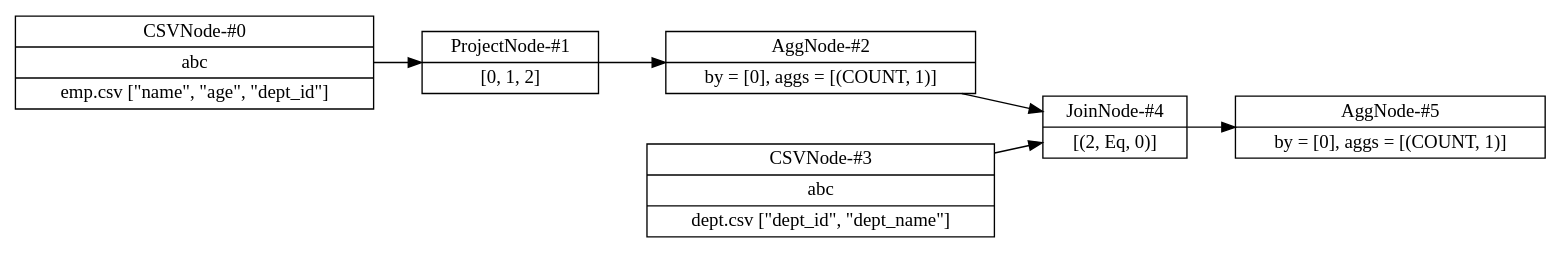
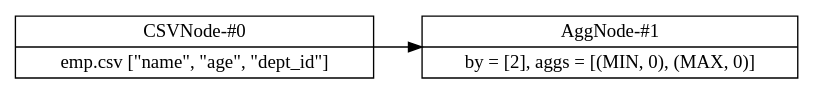
One commit to adarshpannu/kona changed the diagram in src/data/flow.dot. Above: the diagram before and after it, drawn with Graphviz. The commit also changed 3 other files, not shown here.

```diff
--- a/src/data/flow.dot
+++ b/src/data/flow.dot
@@ -1,17 +1,9 @@
 digraph example1 {
     node [shape=record];
     rankdir=LR;
     splines=polyline;
     nodesep=0.5;
-    Node0[label="CSVNode-#0|abc|emp.csv [\"name\", \"age\", \"dept_id\"]"];
-    Node1[label="ProjectNode-#1|[0, 1, 2]"];
+    Node0[label="CSVNode-#0|emp.csv [\"name\", \"age\", \"dept_id\"]"];
+    Node1[label="AggNode-#1|by = [2], aggs = [(MIN, 0), (MAX, 0)]"];
     Node0 -> Node1;
-    Node2[label="AggNode-#2|by = [0], aggs = [(COUNT, 1)]"];
-    Node1 -> Node2;
-    Node3[label="CSVNode-#3|abc|dept.csv [\"dept_id\", \"dept_name\"]"];
-    Node4[label="JoinNode-#4|[(2, Eq, 0)]"];
-    Node3 -> Node4;
-    Node2 -> Node4;
-    Node5[label="AggNode-#5|by = [0], aggs = [(COUNT, 1)]"];
-    Node4 -> Node5;
 }
```
